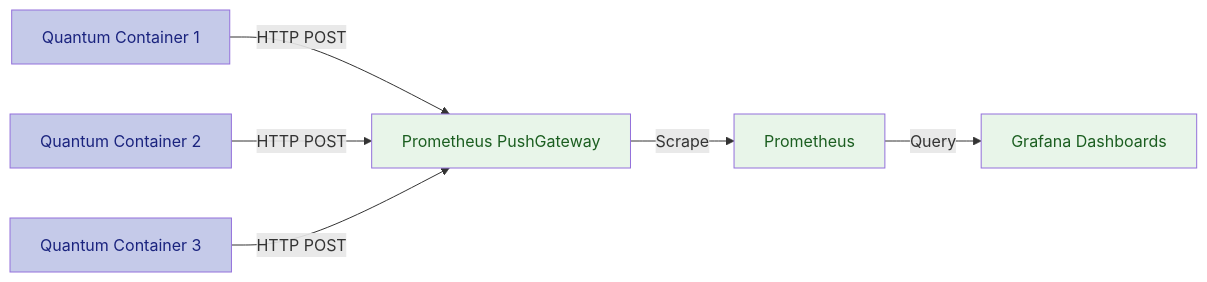
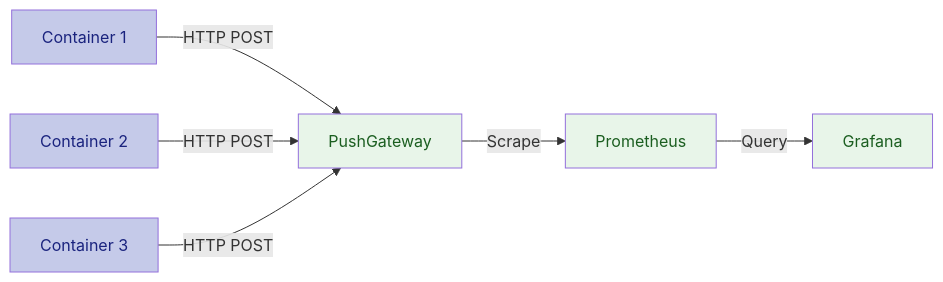
One commit to straightchlorine/quantum-pipeline changed the second of 7 diagrams in docs/architecture/system-design.md. Above: the diagram before and after it, drawn with Mermaid. The commit also changed other lines of this file and 146 other files, not shown here.

````diff
--- a/docs/architecture/system-design.md
+++ b/docs/architecture/system-design.md
@@ -289,15 +82,15 @@
 ```mermaid
 graph LR
-    QC1[Quantum Container 1] -->|HTTP POST| PG[Prometheus PushGateway]
-    QC2[Quantum Container 2] -->|HTTP POST| PG
-    QC3[Quantum Container 3] -->|HTTP POST| PG
+    QC1[Container 1] -->|HTTP POST| PG[PushGateway]
+    QC2[Container 2] -->|HTTP POST| PG
+    QC3[Container 3] -->|HTTP POST| PG
     PG -->|Scrape| PROM[Prometheus]
-    PROM -->|Query| GRAF[Grafana Dashboards]
+    PROM -->|Query| GRAF[Grafana]
 
     style QC1 fill:#c5cae9,color:#1a237e
     style QC2 fill:#c5cae9,color:#1a237e
     style QC3 fill:#c5cae9,color:#1a237e
     style PG fill:#e8f5e9,color:#1b5e20
     style PROM fill:#e8f5e9,color:#1b5e20
     style GRAF fill:#e8f5e9,color:#1b5e20
 ```
````
